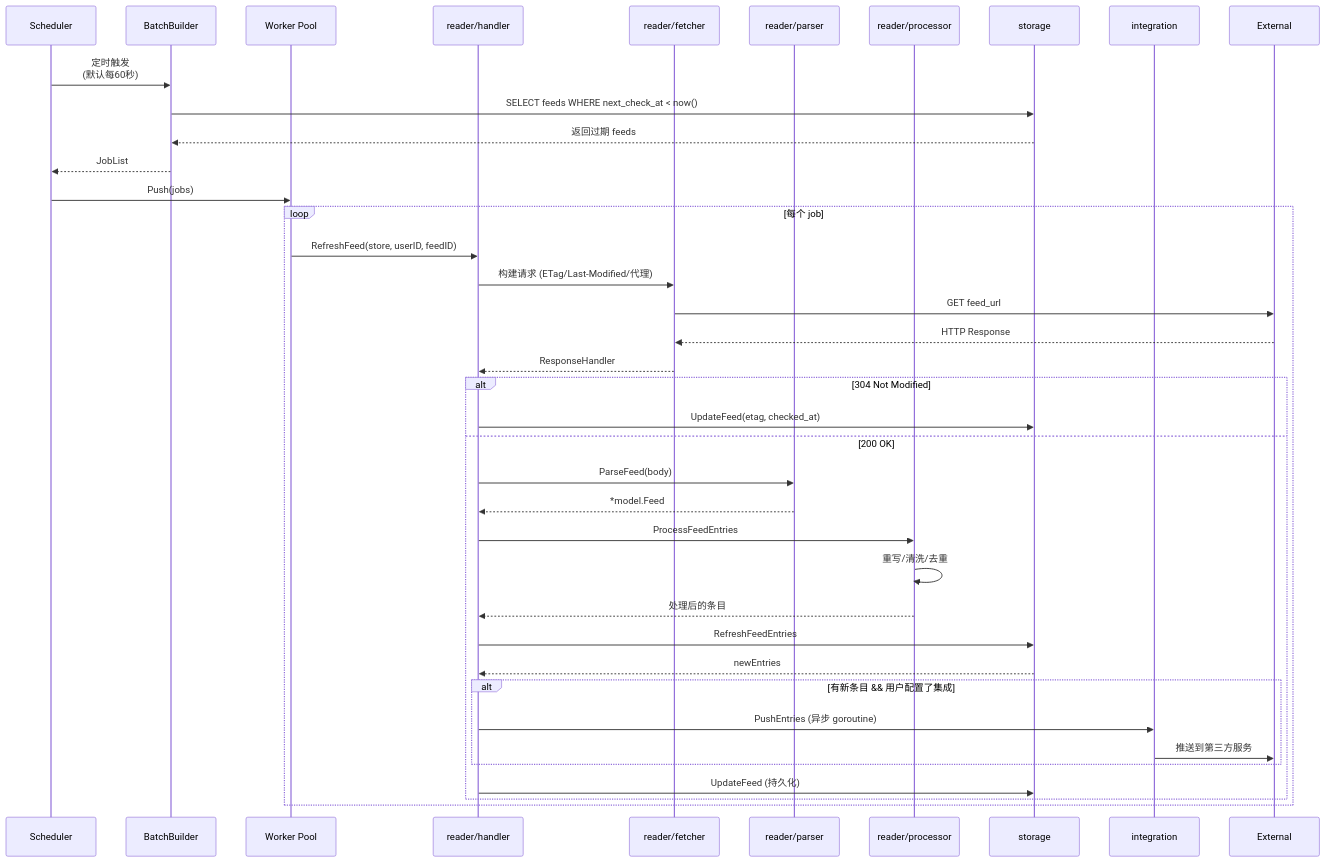
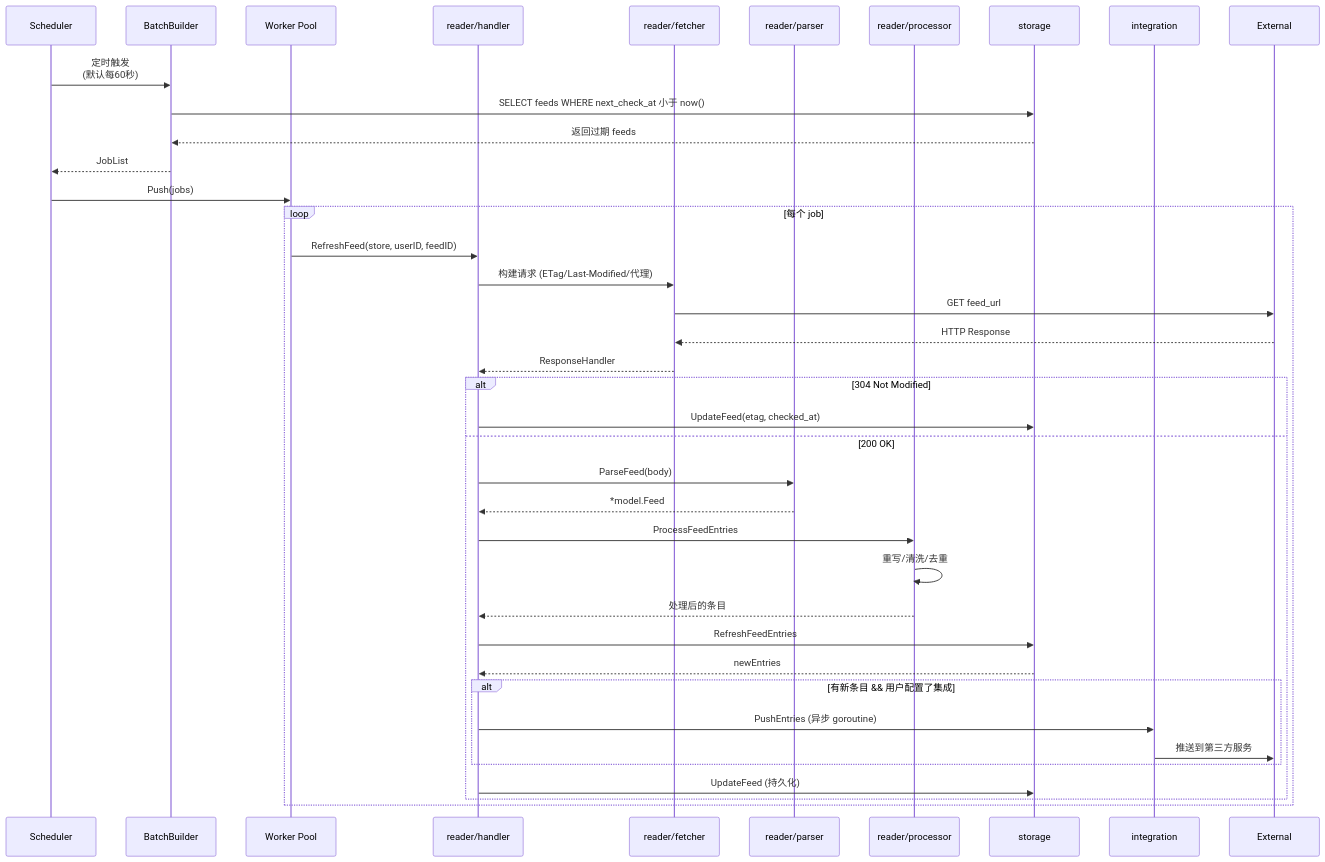
One commit to wangbinyq/opensource-arch changed the fourth of 11 diagrams in analyses/miniflux/README.md. Above: the diagram before and after it, drawn with Mermaid. The commit also changed other lines of this file and 1 other file, not shown here.

Commit message:
fix: 修复 mermaid 序列图中特殊字符导致渲染异常
- miniflux: less than now() 替代 now()，避免 mermaid 将 < 解释为 HTML 标签
- redlib: 用 [token] 替代 &amp;lt;token&amp;gt;，避免双重转义

````diff
--- a/analyses/miniflux/README.md
+++ b/analyses/miniflux/README.md
@@ -214,43 +214,43 @@
 ```mermaid
 sequenceDiagram
     participant Scheduler
     participant BatchBuilder
     participant Pool as Worker Pool
     participant Handler as reader/handler
     participant Fetcher as reader/fetcher
     participant Parser as reader/parser
     participant Processor as reader/processor
     participant Storage as storage
     participant Integration as integration
 
     Scheduler->>BatchBuilder: 定时触发<br/>(默认每60秒)
-    BatchBuilder->>Storage: SELECT feeds WHERE next_check_at < now()
+    BatchBuilder->>Storage: SELECT feeds WHERE next_check_at 小于 now()
     Storage-->>BatchBuilder: 返回过期 feeds
     BatchBuilder-->>Scheduler: JobList
     Scheduler->>Pool: Push(jobs)
     
     loop 每个 job
         Pool->>Handler: RefreshFeed(store, userID, feedID)
         Handler->>Fetcher: 构建请求 (ETag/Last-Modified/代理)
         Fetcher->>External: GET feed_url
         External-->>Fetcher: HTTP Response
         Fetcher-->>Handler: ResponseHandler
         
         alt 304 Not Modified
             Handler->>Storage: UpdateFeed(etag, checked_at)
         else 200 OK
             Handler->>Parser: ParseFeed(body)
             Parser-->>Handler: *model.Feed
             Handler->>Processor: ProcessFeedEntries
             Processor->>Processor: 重写/清洗/去重
             Processor-->>Handler: 处理后的条目
             Handler->>Storage: RefreshFeedEntries
             Storage-->>Handler: newEntries
             alt 有新条目 && 用户配置了集成
                 Handler->>Integration: PushEntries (异步 goroutine)
                 Integration->>External: 推送到第三方服务
             end
             Handler->>Storage: UpdateFeed (持久化)
         end
     end
 ```
````
